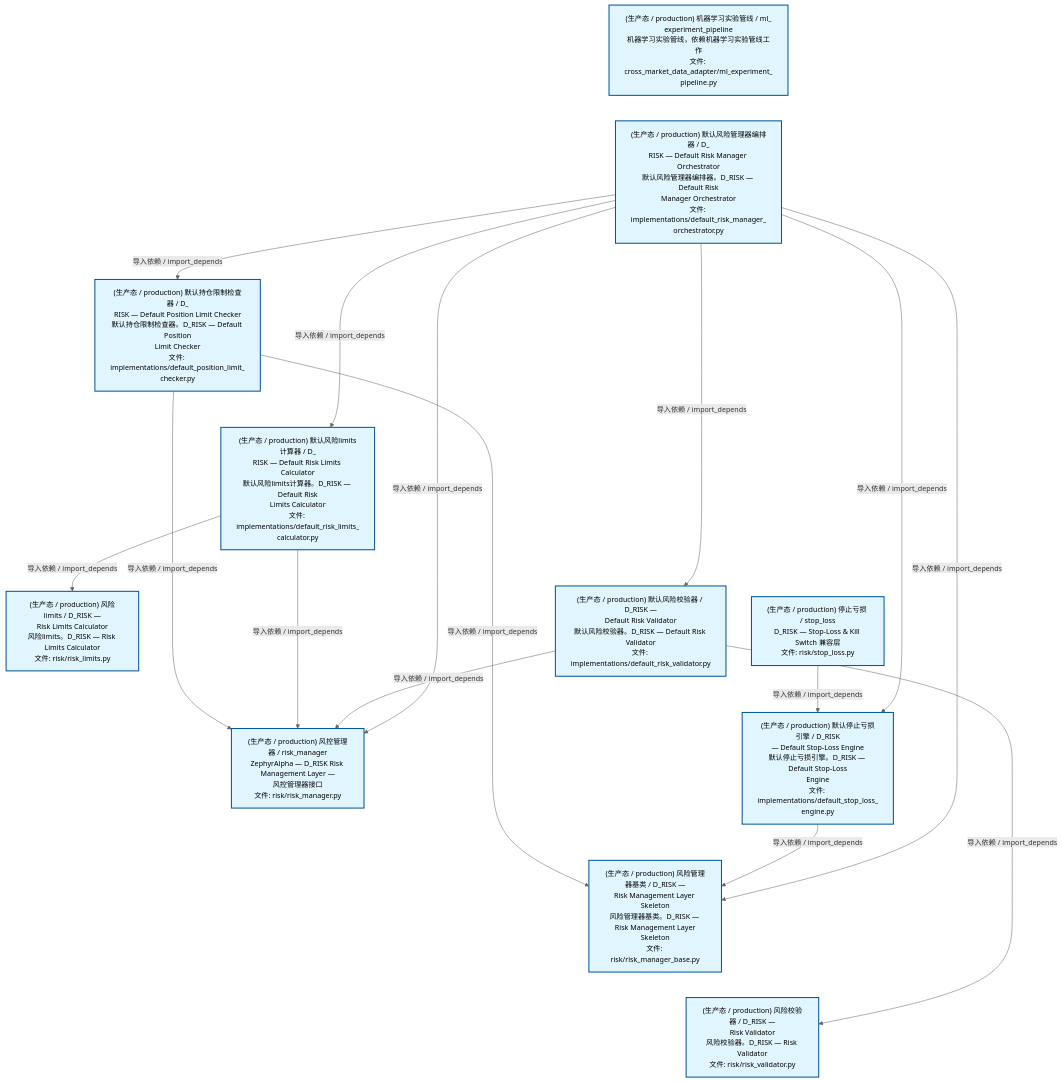
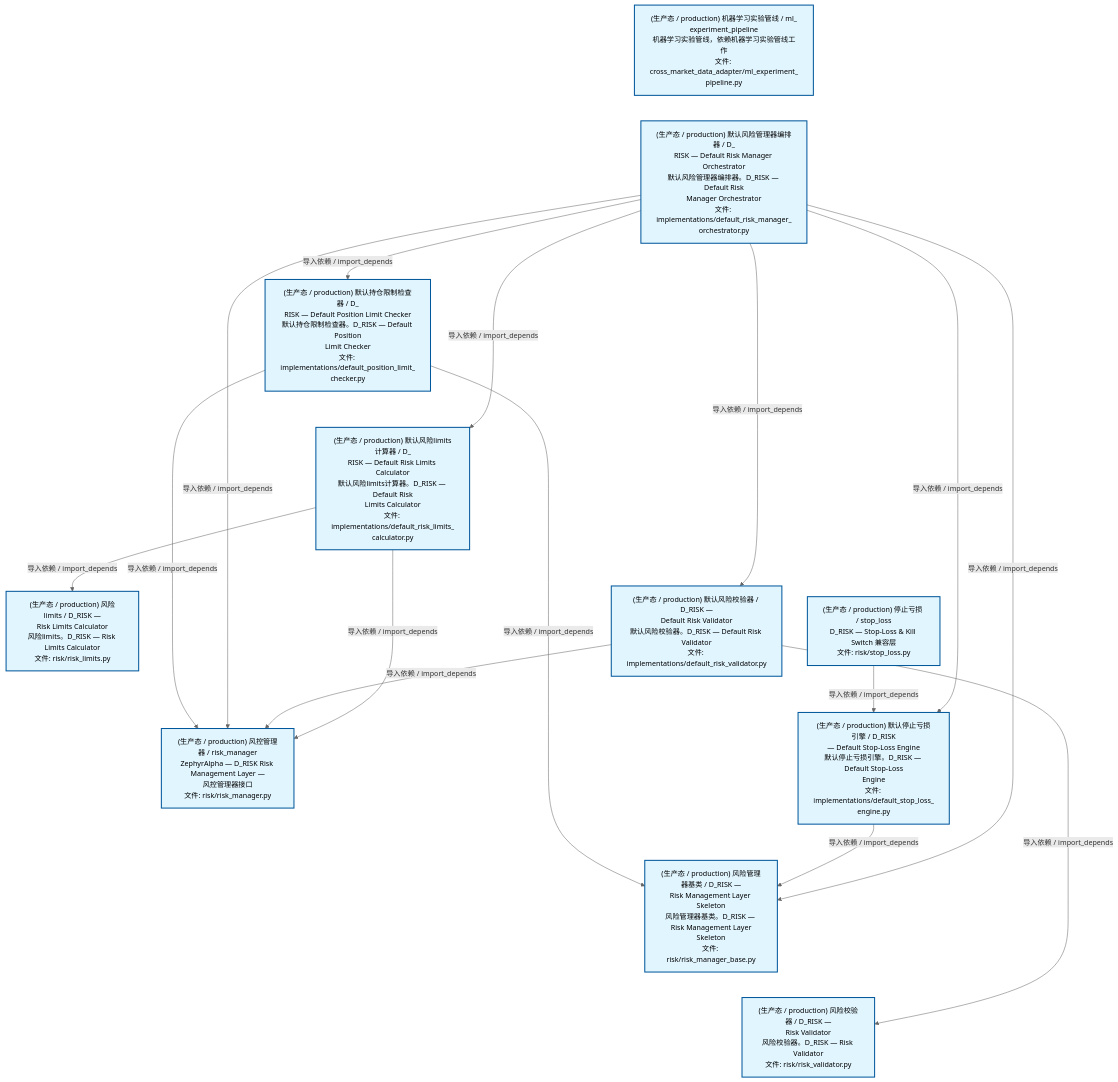
One commit to xuanFelixVan/ZephyrAlpha changed the second of 4 diagrams in docs/02_enterprise_architecture/02_domain_architecture_docs/65_d_risk.md. Above: the diagram before and after it, drawn with Mermaid. The commit also changed other lines of this file and 33 other files, not shown here.

````diff
--- a/docs/02_enterprise_architecture/02_domain_architecture_docs/65_d_risk.md
+++ b/docs/02_enterprise_architecture/02_domain_architecture_docs/65_d_risk.md
@@ -134,42 +134,42 @@
 ```mermaid
 %%{init: {'theme': 'base', 'themeVariables': {'primaryColor': '#eaeaea', 'primaryTextColor': '#333333', 'primaryBorderColor': '#666666', 'lineColor': '#666666', 'secondaryColor': '#eaeaea', 'tertiaryColor': '#eaeaea', 'fontSize': '14px'}}}%%
 flowchart TD
     src_zephyr_risk_cross_asset_cross_market_data_adapter_ml_experiment_pipeline_py["(生产态 / production) 机器学习实验管线 / ml_<br/>experiment_pipeline<br/>机器学习实验管线，依赖机器学习实验管线工作<br/>文件: cross_market_data_adapter/ml_experiment_<br/>pipeline.py"]
     src_zephyr_risk_implementations_default_risk_manager_orchestrator_py["(生产态 / production) 默认风险管理器编排器 / D_<br/>RISK — Default Risk Manager Orchestrator<br/>默认风险管理器编排器。D_RISK — Default Risk<br/>Manager Orchestrator<br/>文件: implementations/default_risk_manager_<br/>orchestrator.py"]
     src_zephyr_risk_stop_loss_py["(生产态 / production) 停止亏损 / stop_loss<br/>D_RISK — Stop-Loss & Kill Switch 兼容层<br/>文件: risk/stop_loss.py"]
     src_zephyr_risk_cross_asset_cross_market_data_adapter_ml_experiment_pipeline_py ~~~ src_zephyr_risk_implementations_default_risk_manager_orchestrator_py
     src_zephyr_risk_implementations_default_risk_manager_orchestrator_py ~~~ src_zephyr_risk_stop_loss_py
     src_zephyr_risk_implementations_default_position_limit_checker_py["(生产态 / production) 默认持仓限制检查器 / D_<br/>RISK — Default Position Limit Checker<br/>默认持仓限制检查器。D_RISK — Default Position<br/>Limit Checker<br/>文件: implementations/default_position_limit_<br/>checker.py"]
     src_zephyr_risk_implementations_default_risk_limits_calculator_py["(生产态 / production) 默认风险limits计算器 / D_<br/>RISK — Default Risk Limits Calculator<br/>默认风险limits计算器。D_RISK — Default Risk<br/>Limits Calculator<br/>文件: implementations/default_risk_limits_<br/>calculator.py"]
     src_zephyr_risk_implementations_default_risk_validator_py["(生产态 / production) 默认风险校验器 / D_RISK —<br/>Default Risk Validator<br/>默认风险校验器。D_RISK — Default Risk Validator<br/>文件: implementations/default_risk_validator.py"]
     src_zephyr_risk_implementations_default_stop_loss_engine_py["(生产态 / production) 默认停止亏损引擎 / D_RISK<br/>— Default Stop-Loss Engine<br/>默认停止亏损引擎。D_RISK — Default Stop-Loss<br/>Engine<br/>文件: implementations/default_stop_loss_<br/>engine.py"]
     src_zephyr_risk_implementations_default_position_limit_checker_py ~~~ src_zephyr_risk_implementations_default_risk_limits_calculator_py
     src_zephyr_risk_implementations_default_risk_limits_calculator_py ~~~ src_zephyr_risk_implementations_default_risk_validator_py
     src_zephyr_risk_implementations_default_risk_validator_py ~~~ src_zephyr_risk_implementations_default_stop_loss_engine_py
     src_zephyr_risk_risk_limits_py["(生产态 / production) 风险limits / D_RISK —<br/>Risk Limits Calculator<br/>风险limits。D_RISK — Risk Limits Calculator<br/>文件: risk/risk_limits.py"]
     src_zephyr_risk_risk_manager_py["(生产态 / production) 风控管理器 / risk_manager<br/>ZephyrAlpha — D_RISK Risk Management Layer —<br/>风控管理器接口<br/>文件: risk/risk_manager.py"]
     src_zephyr_risk_risk_manager_base_py["(生产态 / production) 风险管理器基类 / D_RISK —<br/>Risk Management Layer Skeleton<br/>风险管理器基类。D_RISK — Risk Management Layer<br/>Skeleton<br/>文件: risk/risk_manager_base.py"]
     src_zephyr_risk_risk_validator_py["(生产态 / production) 风险校验器 / D_RISK —<br/>Risk Validator<br/>风险校验器。D_RISK — Risk Validator<br/>文件: risk/risk_validator.py"]
     src_zephyr_risk_risk_limits_py ~~~ src_zephyr_risk_risk_manager_py
     src_zephyr_risk_risk_manager_py ~~~ src_zephyr_risk_risk_manager_base_py
     src_zephyr_risk_risk_manager_base_py ~~~ src_zephyr_risk_risk_validator_py
     src_zephyr_risk_stop_loss_py -->|导入依赖 / import_depends| src_zephyr_risk_implementations_default_stop_loss_engine_py
+    src_zephyr_risk_implementations_default_position_limit_checker_py -->|导入依赖 / import_depends| src_zephyr_risk_risk_manager_py
     src_zephyr_risk_implementations_default_position_limit_checker_py -->|导入依赖 / import_depends| src_zephyr_risk_risk_manager_base_py
-    src_zephyr_risk_implementations_default_position_limit_checker_py -->|导入依赖 / import_depends| src_zephyr_risk_risk_manager_py
-    src_zephyr_risk_implementations_default_risk_limits_calculator_py -->|导入依赖 / import_depends| src_zephyr_risk_risk_manager_py
-    src_zephyr_risk_implementations_default_risk_limits_calculator_py -->|导入依赖 / import_depends| src_zephyr_risk_risk_limits_py
+    src_zephyr_risk_implementations_default_stop_loss_engine_py -->|导入依赖 / import_depends| src_zephyr_risk_risk_manager_base_py
+    src_zephyr_risk_implementations_default_risk_manager_orchestrator_py -->|导入依赖 / import_depends| src_zephyr_risk_risk_manager_py
+    src_zephyr_risk_implementations_default_risk_manager_orchestrator_py -->|导入依赖 / import_depends| src_zephyr_risk_risk_manager_base_py
+    src_zephyr_risk_implementations_default_risk_manager_orchestrator_py -->|导入依赖 / import_depends| src_zephyr_risk_implementations_default_position_limit_checker_py
+    src_zephyr_risk_implementations_default_risk_manager_orchestrator_py -->|导入依赖 / import_depends| src_zephyr_risk_implementations_default_stop_loss_engine_py
+    src_zephyr_risk_implementations_default_risk_manager_orchestrator_py -->|导入依赖 / import_depends| src_zephyr_risk_implementations_default_risk_validator_py
+    src_zephyr_risk_implementations_default_risk_manager_orchestrator_py -->|导入依赖 / import_depends| src_zephyr_risk_implementations_default_risk_limits_calculator_py
     src_zephyr_risk_implementations_default_risk_validator_py -->|导入依赖 / import_depends| src_zephyr_risk_risk_manager_py
     src_zephyr_risk_implementations_default_risk_validator_py -->|导入依赖 / import_depends| src_zephyr_risk_risk_validator_py
-    src_zephyr_risk_implementations_default_stop_loss_engine_py -->|导入依赖 / import_depends| src_zephyr_risk_risk_manager_base_py
-    src_zephyr_risk_implementations_default_risk_manager_orchestrator_py -->|导入依赖 / import_depends| src_zephyr_risk_risk_manager_base_py
-    src_zephyr_risk_implementations_default_risk_manager_orchestrator_py -->|导入依赖 / import_depends| src_zephyr_risk_risk_manager_py
-    src_zephyr_risk_implementations_default_risk_manager_orchestrator_py -->|导入依赖 / import_depends| src_zephyr_risk_implementations_default_position_limit_checker_py
-    src_zephyr_risk_implementations_default_risk_manager_orchestrator_py -->|导入依赖 / import_depends| src_zephyr_risk_implementations_default_risk_limits_calculator_py
-    src_zephyr_risk_implementations_default_risk_manager_orchestrator_py -->|导入依赖 / import_depends| src_zephyr_risk_implementations_default_risk_validator_py
-    src_zephyr_risk_implementations_default_risk_manager_orchestrator_py -->|导入依赖 / import_depends| src_zephyr_risk_implementations_default_stop_loss_engine_py
+    src_zephyr_risk_implementations_default_risk_limits_calculator_py -->|导入依赖 / import_depends| src_zephyr_risk_risk_limits_py
+    src_zephyr_risk_implementations_default_risk_limits_calculator_py -->|导入依赖 / import_depends| src_zephyr_risk_risk_manager_py
     classDef production fill:#e1f5fe,stroke:#01579b,stroke-width:2px,color:#000
     classDef design fill:#fff3e0,stroke:#e65100,stroke-width:2px,color:#000,stroke-dasharray: 5 5
     classDef external_prod fill:#e8f4fd,stroke:#0277bd,stroke-width:1px,color:#000
     classDef external_design fill:#fff8e7,stroke:#ef6c00,stroke-width:1px,color:#000,stroke-dasharray: 5 5
     class src_zephyr_risk_cross_asset_cross_market_data_adapter_ml_experiment_pipeline_py,src_zephyr_risk_implementations_default_position_limit_checker_py,src_zephyr_risk_implementations_default_risk_limits_calculator_py,src_zephyr_risk_implementations_default_risk_manager_orchestrator_py,src_zephyr_risk_implementations_default_risk_validator_py,src_zephyr_risk_implementations_default_stop_loss_engine_py,src_zephyr_risk_risk_limits_py,src_zephyr_risk_risk_manager_py,src_zephyr_risk_risk_manager_base_py,src_zephyr_risk_risk_validator_py,src_zephyr_risk_stop_loss_py production
 ```
````
